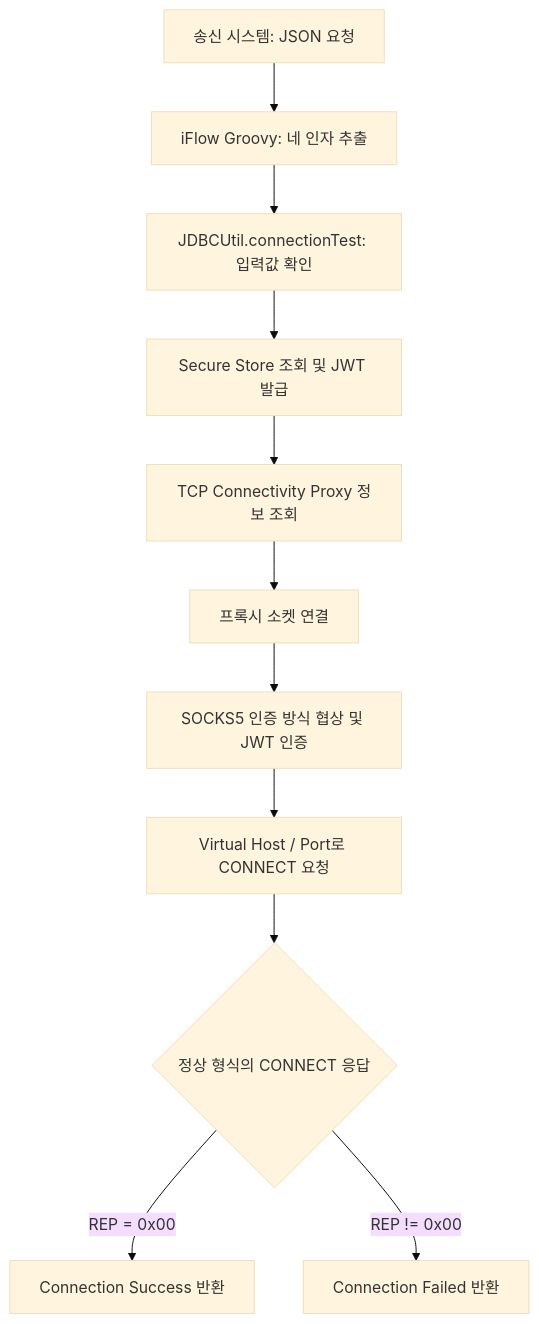
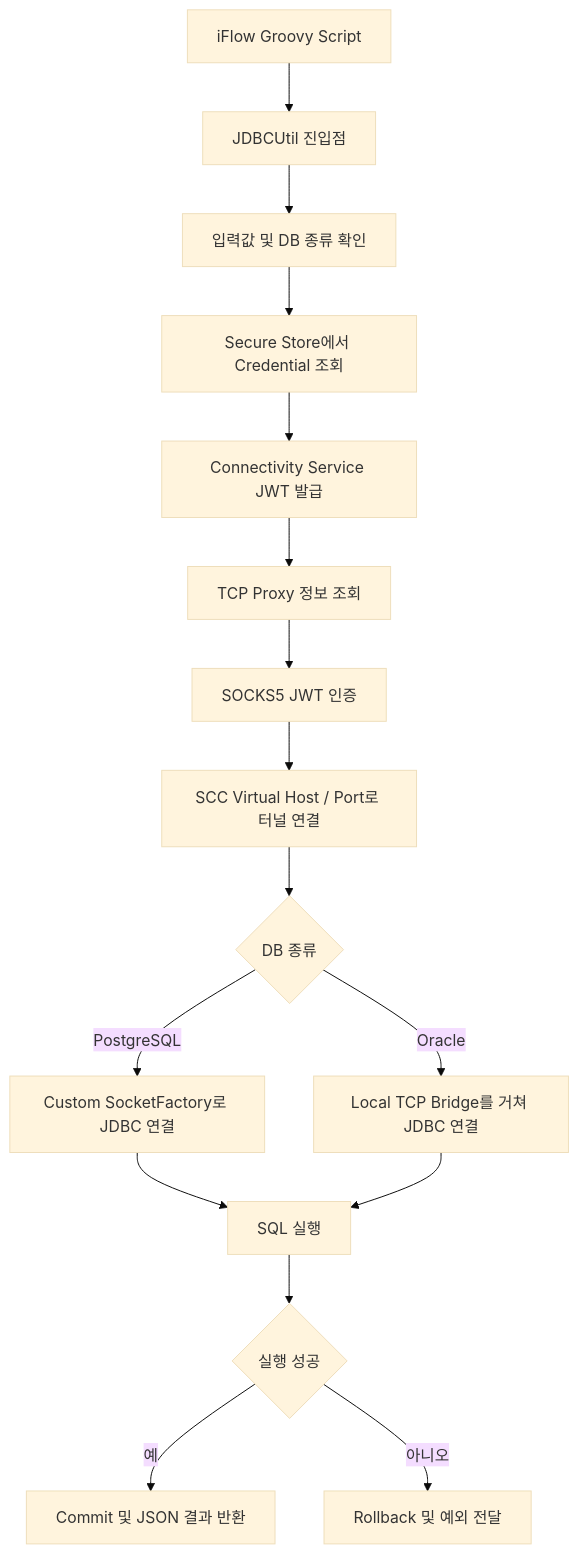
One commit to cHr1s0Gil/JDBCUtil changed the diagram in README.md. Above: the diagram before and after it, drawn with Mermaid (base theme). The commit also changed other lines of this file and 8 other files, not shown here.

````diff
--- a/README.md
+++ b/README.md
@@ -26,13 +33,18 @@
 ```mermaid
 flowchart TD
-    A["송신 시스템: JSON 요청"] --> B["iFlow Groovy: 네 인자 추출"]
-    B --> C["JDBCUtil.connectionTest: 입력값 확인"]
-    C --> D["Secure Store 조회 및 JWT 발급"]
-    D --> E["TCP Connectivity Proxy 정보 조회"]
-    E --> F["프록시 소켓 연결"]
-    F --> G["SOCKS5 인증 방식 협상 및 JWT 인증"]
-    G --> H["Virtual Host / Port로 CONNECT 요청"]
-    H --> I{"정상 형식의 CONNECT 응답"}
-    I -->|"REP = 0x00"| J["Connection Success 반환"]
-    I -->|"REP != 0x00"| K["Connection Failed 반환"]
+    A["iFlow Groovy Script"] --> B["JDBCUtil 진입점"]
+    B --> C["입력값 및 DB 종류 확인"]
+    C --> D["Secure Store에서 Credential 조회"]
+    D --> E["Connectivity Service JWT 발급"]
+    E --> F["TCP Proxy 정보 조회"]
+    F --> G["SOCKS5 JWT 인증"]
+    G --> H["SCC Virtual Host / Port로 터널 연결"]
+    H --> I{"DB 종류"}
+    I -->|PostgreSQL| J["Custom SocketFactory로 JDBC 연결"]
+    I -->|Oracle| K["Local TCP Bridge를 거쳐 JDBC 연결"]
+    J --> L["SQL 실행"]
+    K --> L
+    L --> M{"실행 성공"}
+    M -->|예| N["Commit 및 JSON 결과 반환"]
+    M -->|아니오| O["Rollback 및 예외 전달"]
 ```
````
